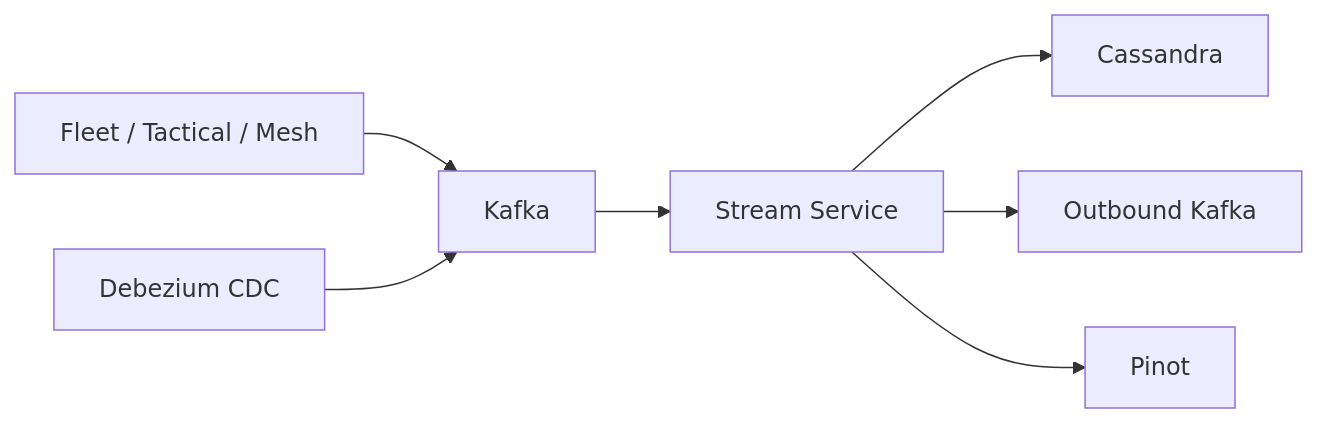
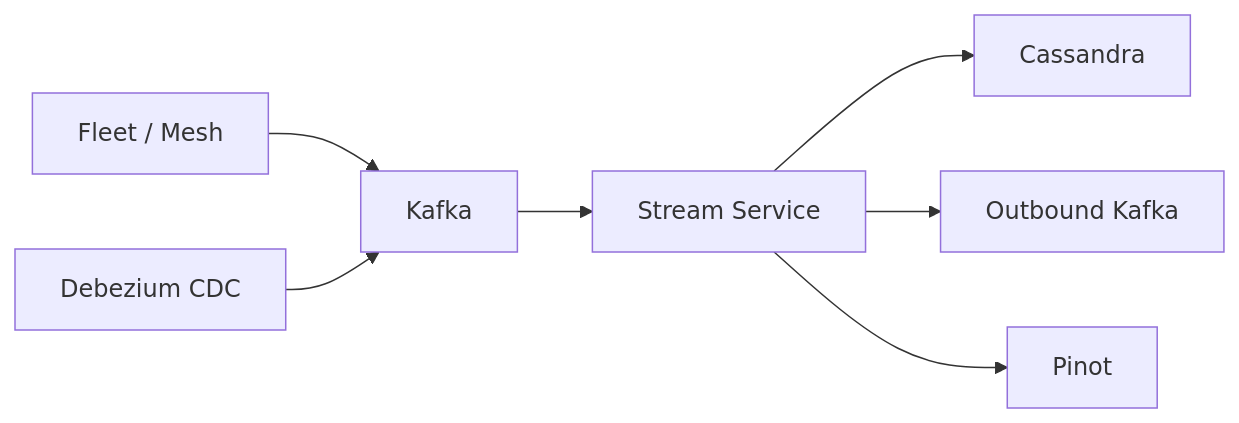
The fourth of 5 diagrams in docs/architecture/README.md (flamingo-stack/openframe-oss-tenant), drawn with Mermaid before and after one commit. The commit also changed other lines of this file and 25 other files, not shown here.

````diff
--- a/docs/architecture/README.md
+++ b/docs/architecture/README.md
@@ -186,9 +185,9 @@
 ```mermaid
 flowchart LR
-    Tools["Fleet / Tactical / Mesh"] --> Kafka
+    Tools["Fleet / Mesh"] --> Kafka
     MongoCDC["Debezium CDC"] --> Kafka
     Kafka --> Stream["Stream Service"]
     Stream --> Cassandra
     Stream --> KafkaOut["Outbound Kafka"]
     Stream --> Pinot
 ```
````
